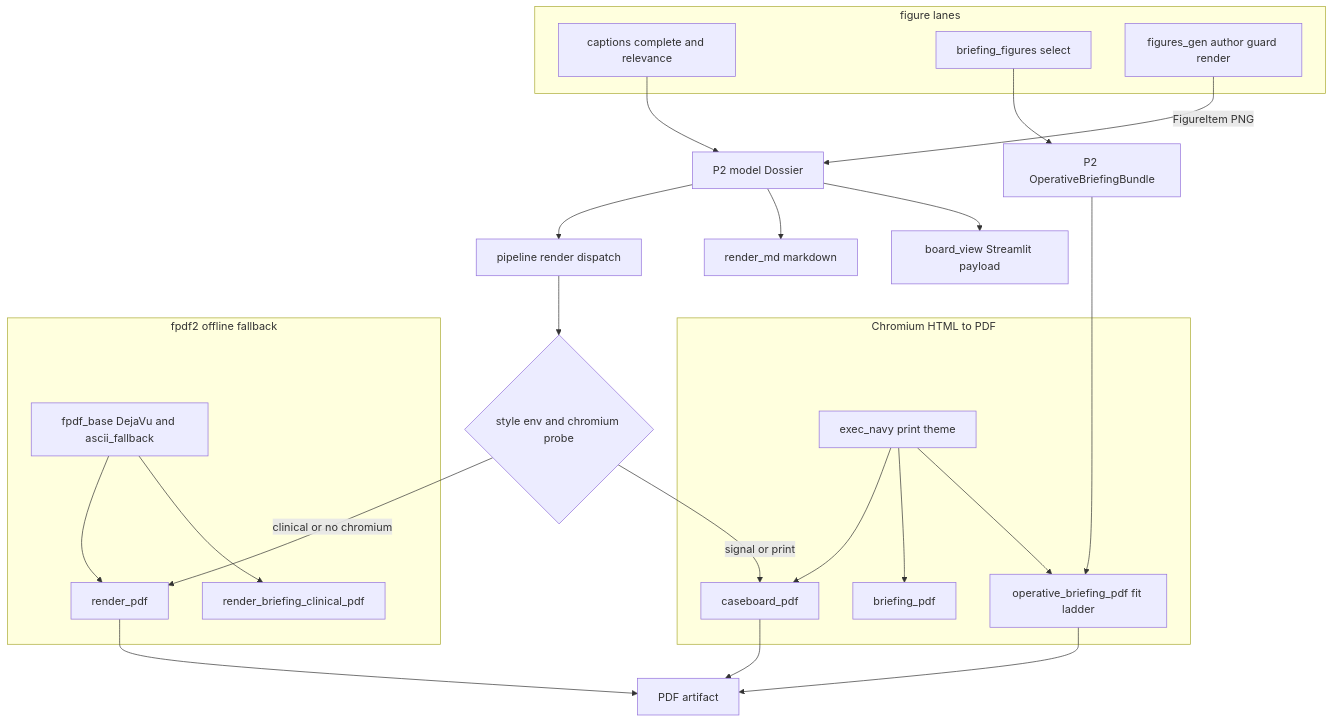
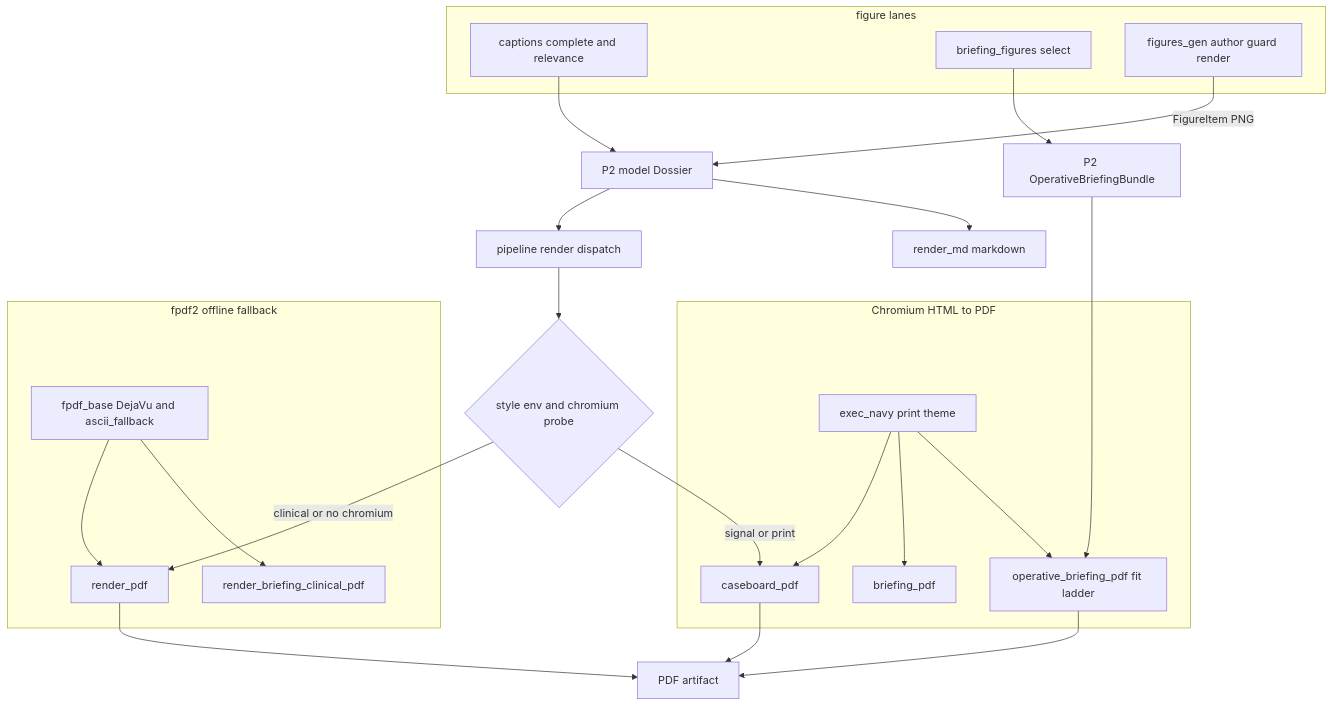
One commit to michaelandrewlongo-rgb/neuro-caseboard changed the sixth of 6 diagrams in docs/NEURO_CASEBOARD_DIAGRAMS.md. Above: the diagram before and after it, drawn with Mermaid. The commit also changed other lines of this file and 5 other files, not shown here.

````diff
--- a/docs/NEURO_CASEBOARD_DIAGRAMS.md
+++ b/docs/NEURO_CASEBOARD_DIAGRAMS.md
@@ -211,49 +207,47 @@
 ```mermaid
 flowchart TD
     Dossier[P2 model Dossier]
     Bundle[P2 OperativeBriefingBundle]
     Dispatch[pipeline render dispatch]
     Style{style env and chromium probe}
 
     subgraph HTMLStack[Chromium HTML to PDF]
         Theme[exec_navy print theme]
         CasePDF[caseboard_pdf]
         BriefPDF[briefing_pdf]
         OpPDF[operative_briefing_pdf fit ladder]
     end
 
     subgraph Offline[fpdf2 offline fallback]
         RenderPDF[render_pdf]
         ClinPDF[render_briefing_clinical_pdf]
         Fonts[fpdf_base DejaVu and ascii_fallback]
     end
 
     subgraph FigLanes[figure lanes]
         Captions[captions complete and relevance]
         BriefFigs[briefing_figures select]
         Gen[figures_gen author guard render]
     end
 
     MD[render_md markdown]
-    BoardView[board_view Streamlit payload]
     PDFout[PDF artifact]
 
     Dossier --> Dispatch
     Bundle --> OpPDF
     Dispatch --> Style
     Style -->|signal or print| CasePDF
     Style -->|clinical or no chromium| RenderPDF
     Theme --> CasePDF
     Theme --> BriefPDF
     Theme --> OpPDF
     Fonts --> RenderPDF
     Fonts --> ClinPDF
     CasePDF --> PDFout
     OpPDF --> PDFout
     RenderPDF --> PDFout
     Gen -->|FigureItem PNG| Dossier
     Captions --> Dossier
     BriefFigs --> Bundle
     Dossier --> MD
-    Dossier --> BoardView
 ```
````
